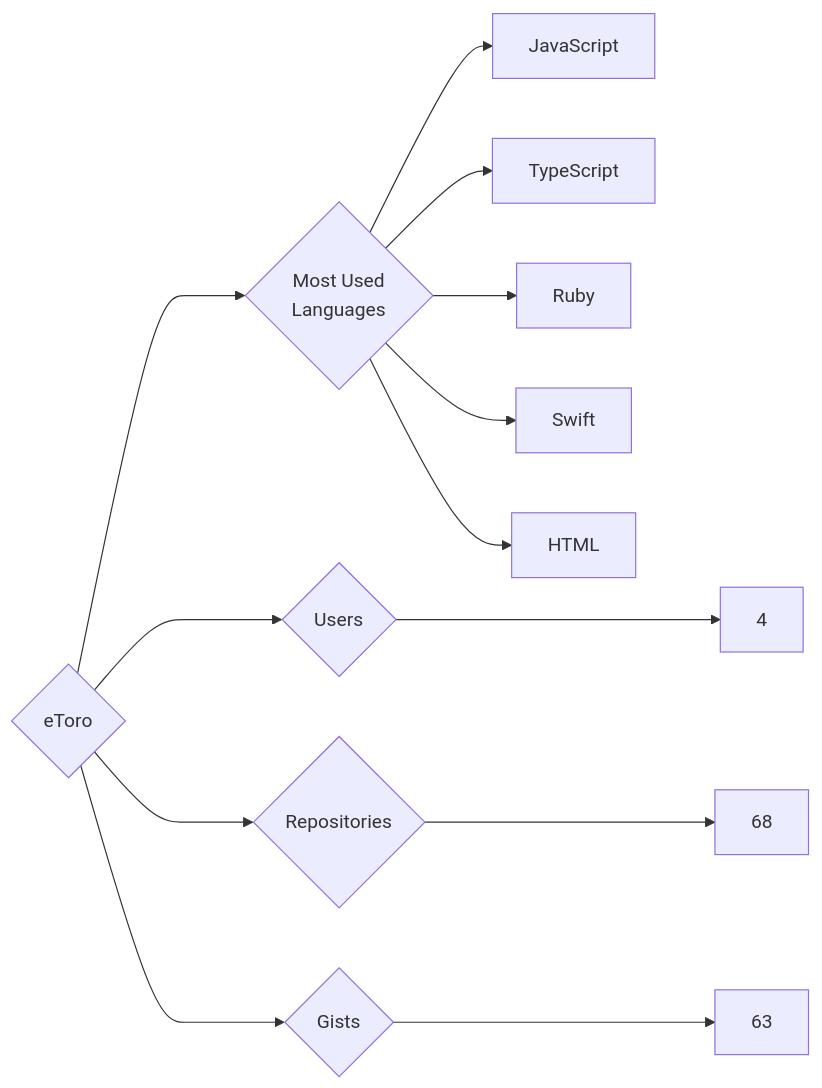
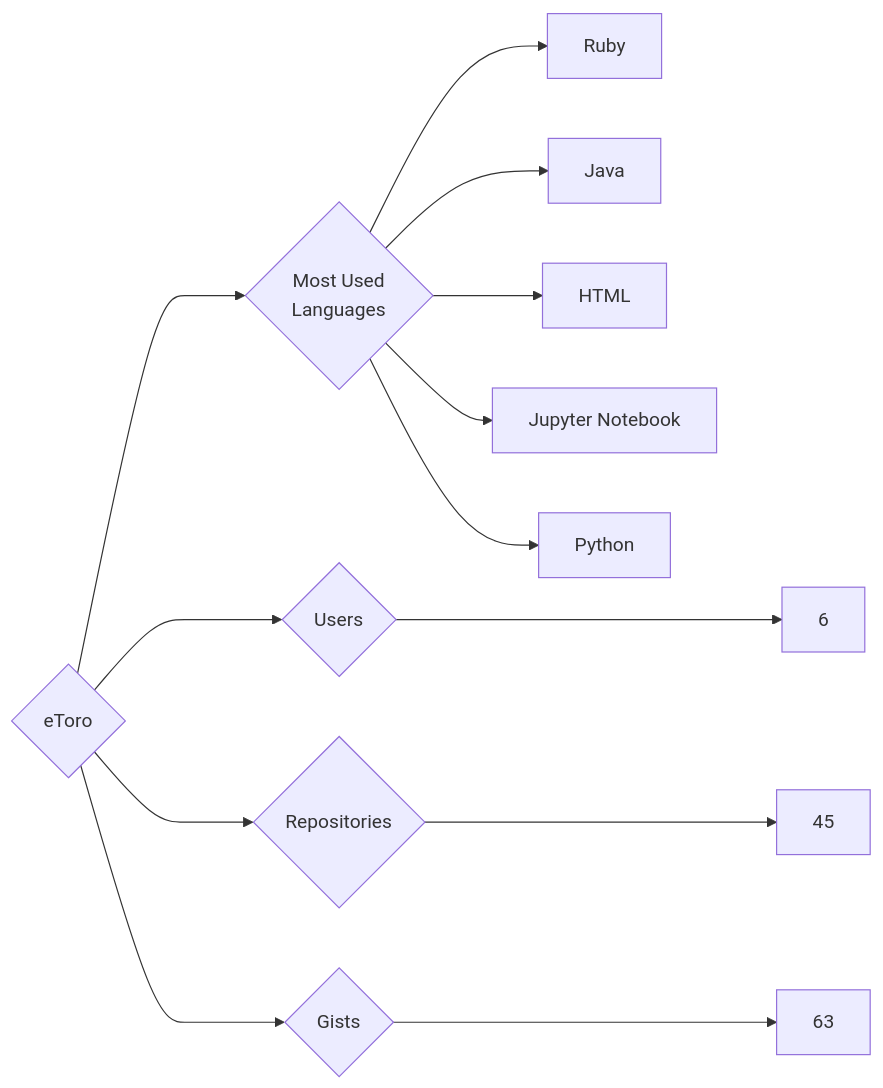
One commit to trickest/insiders changed the diagram in targets/eToro/README.md. Above: the diagram before and after it, drawn with Mermaid. The commit also changed 1314 other files, not shown here.

````diff
--- a/targets/eToro/README.md
+++ b/targets/eToro/README.md
@@ -3,13 +3,13 @@
 ```mermaid
 graph LR
 COMPANY_NAME{eToro}
-COMPANY_NAME ---> U{Users} ---> UN[4]
-COMPANY_NAME ---> R{Repositories} ---> RN[68]
+COMPANY_NAME ---> U{Users} ---> UN[6]
+COMPANY_NAME ---> R{Repositories} ---> RN[45]
 COMPANY_NAME ---> G{Gists} ---> GN[63]
 COMPANY_NAME ---> ML{Most Used<br>Languages}
-ML --> JavaScript[JavaScript]
-ML --> TypeScript[TypeScript]
 ML --> Ruby[Ruby]
-ML --> Swift[Swift]
+ML --> Java[Java]
 ML --> HTML[HTML]
+ML --> Jupyter_Notebook[Jupyter Notebook]
+ML --> Python[Python]
 ```
````
